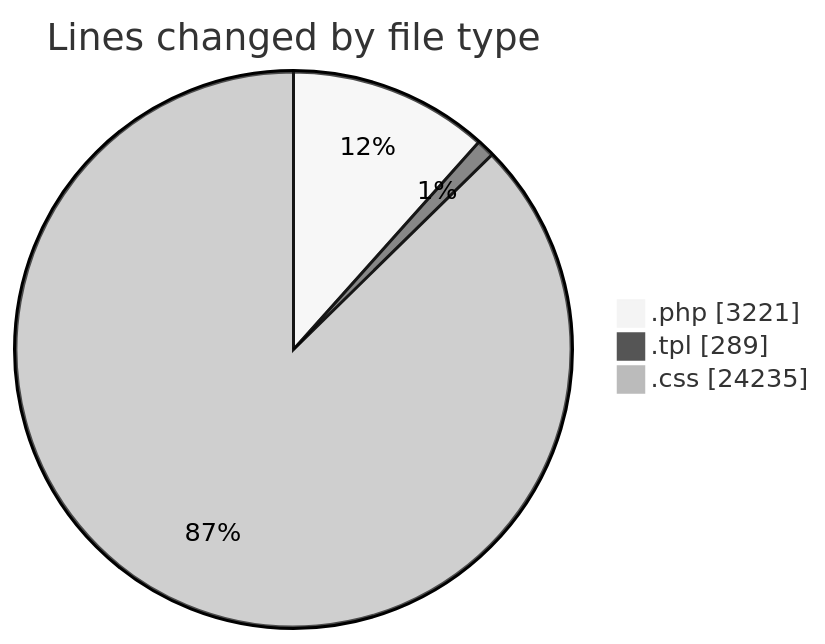
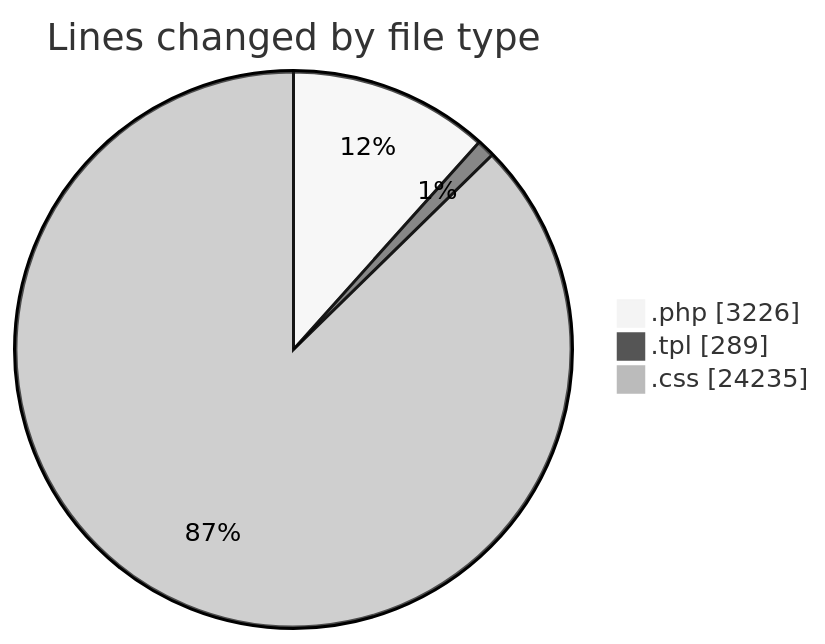
Before and after one commit to vahidmafi/code-tracking: the first of 2 diagrams in 2025-04-18/zeytoon/README.md, drawn with Mermaid (neutral theme). The commit also changed other lines of this file and 1 other file, not shown here.

````diff
--- a/2025-04-18/zeytoon/README.md
+++ b/2025-04-18/zeytoon/README.md
@@ -26,7 +26,7 @@
 ```mermaid
 pie showData
 title Lines changed by file type
-".php" : 3221
+".php" : 3226
 ".tpl" : 289
 ".css" : 24235
 ```
````
